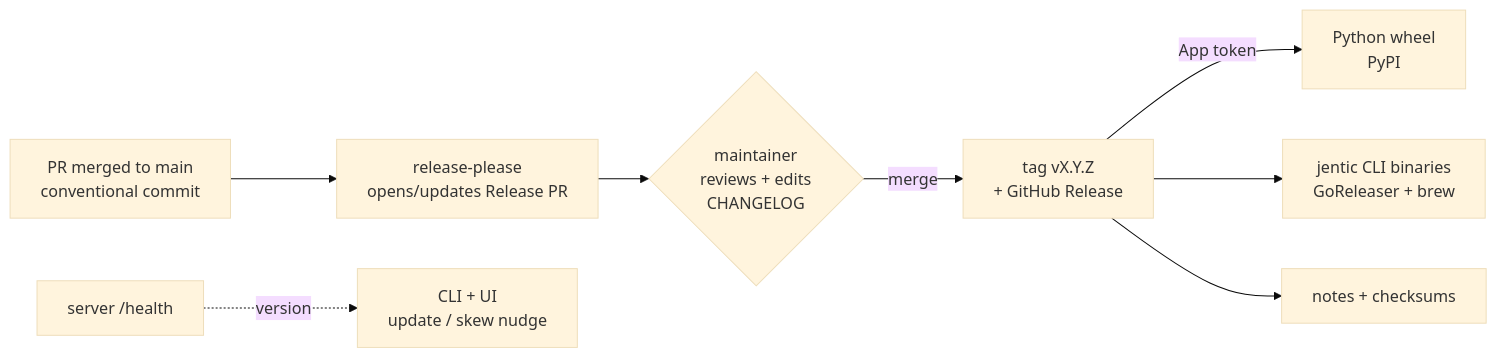
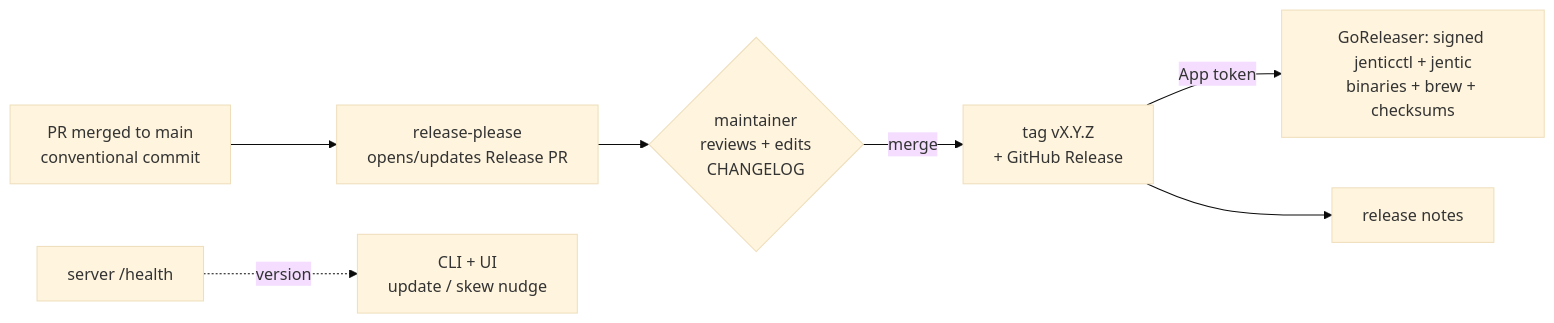
The first of 2 diagrams in docs/plans/release-procedure.md (jentic/jentic-one), drawn with Mermaid (base theme) before and after one commit. The commit also changed other lines of this file, not shown here.

First line of the commit message:
docs(release): CLI binaries are the install; drop the wheel path (with rationale)

````diff
--- a/docs/plans/release-procedure.md
+++ b/docs/plans/release-procedure.md
@@ -9,10 +9,9 @@
 ```mermaid
 flowchart LR
     A[PR merged to main<br/>conventional commit] --> B[release-please<br/>opens/updates Release PR]
     B --> C{maintainer<br/>reviews + edits<br/>CHANGELOG}
     C -->|merge| D[tag vX.Y.Z<br/>+ GitHub Release]
-    D -->|App token| E[Python wheel<br/>PyPI]
-    D --> F[jentic CLI binaries<br/>GoReleaser + brew]
-    D --> G[notes + checksums]
+    D -->|App token| E[GoReleaser: signed jenticctl + jentic<br/>binaries + brew + checksums]
+    D --> G[release notes]
     H[server /health] -. version .-> I[CLI + UI<br/>update / skew nudge]
 ```
````
